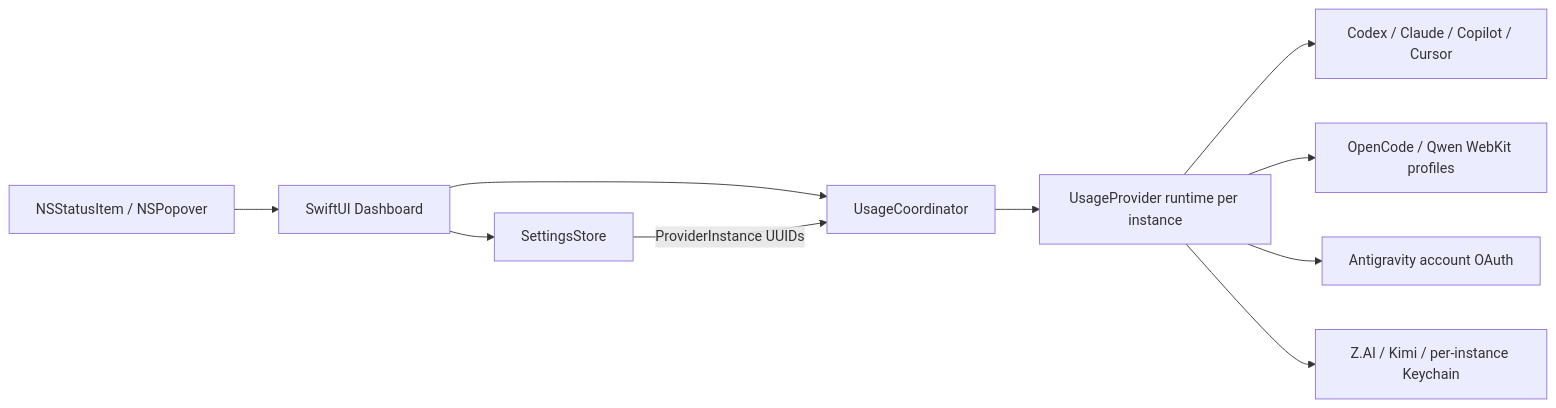
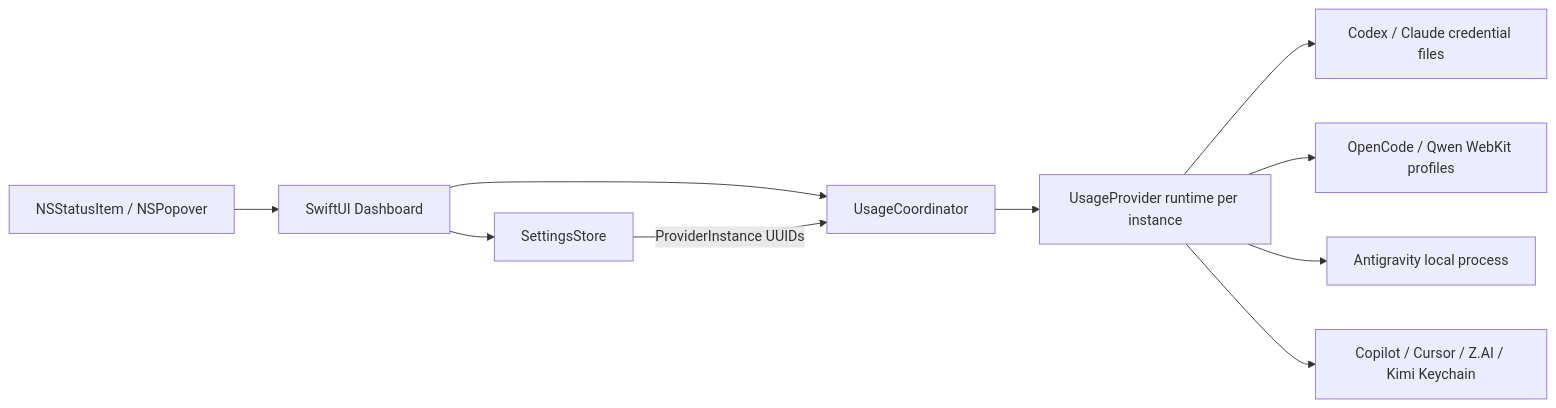
Before and after one commit to PeachGumi/AIUsage: the diagram in README.md, drawn with Mermaid. The commit also changed other lines of this file, not shown here.

Commit message:
Align docs with safe multi-account credential boundaries

````diff
--- a/README.md
+++ b/README.md
@@ -295,12 +224,12 @@
 ```mermaid
 flowchart LR
     Status[NSStatusItem / NSPopover] --> Dashboard[SwiftUI Dashboard]
     Dashboard --> Settings[SettingsStore]
     Dashboard --> Coordinator[UsageCoordinator]
     Settings -->|ProviderInstance UUIDs| Coordinator
     Coordinator --> Runtime[UsageProvider runtime per instance]
-    Runtime --> Codex[Codex / Claude / Copilot / Cursor]
+    Runtime --> Files[Codex / Claude credential files]
     Runtime --> Web[OpenCode / Qwen WebKit profiles]
-    Runtime --> AG[Antigravity account OAuth]
-    Runtime --> Keys[Z.AI / Kimi / per-instance Keychain]
+    Runtime --> Local[Antigravity local process]
+    Runtime --> Keys[Copilot / Cursor / Z.AI / Kimi Keychain]
 ```
````
